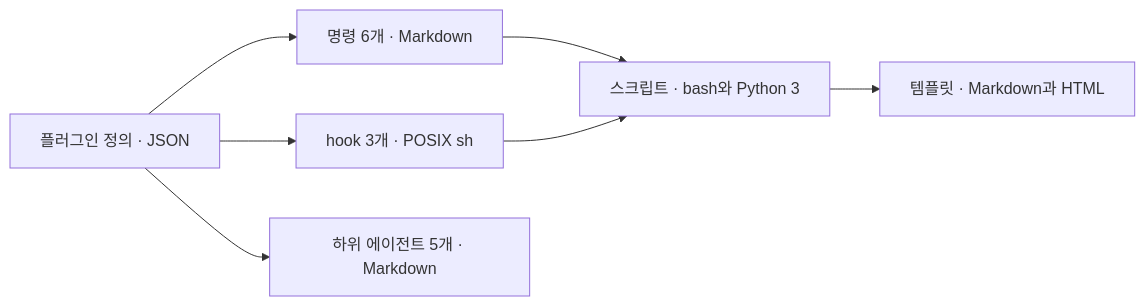
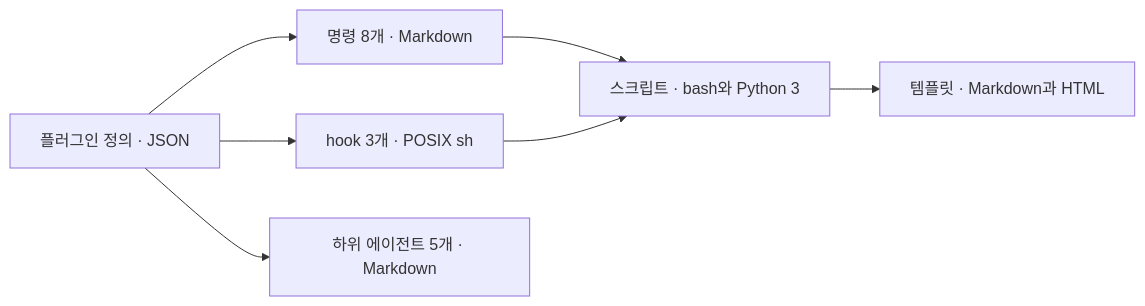
Before and after one commit to dincal/agent_logbook: the first of 2 diagrams in docs/system/stack.md, drawn with Mermaid. The commit also changed other lines of this file and 5 other files, not shown here.

````diff
--- a/docs/system/stack.md
+++ b/docs/system/stack.md
@@ -8,9 +8,9 @@
 ```mermaid
 flowchart LR
-  M["플러그인 정의 · JSON"] --> S["명령 6개 · Markdown"]
+  M["플러그인 정의 · JSON"] --> S["명령 8개 · Markdown"]
   M --> H["hook 3개 · POSIX sh"]
   M --> V["하위 에이전트 5개 · Markdown"]
   S --> P["스크립트 · bash와 Python 3"]
   H --> P
   P --> T["템플릿 · Markdown과 HTML"]
 ```
````
